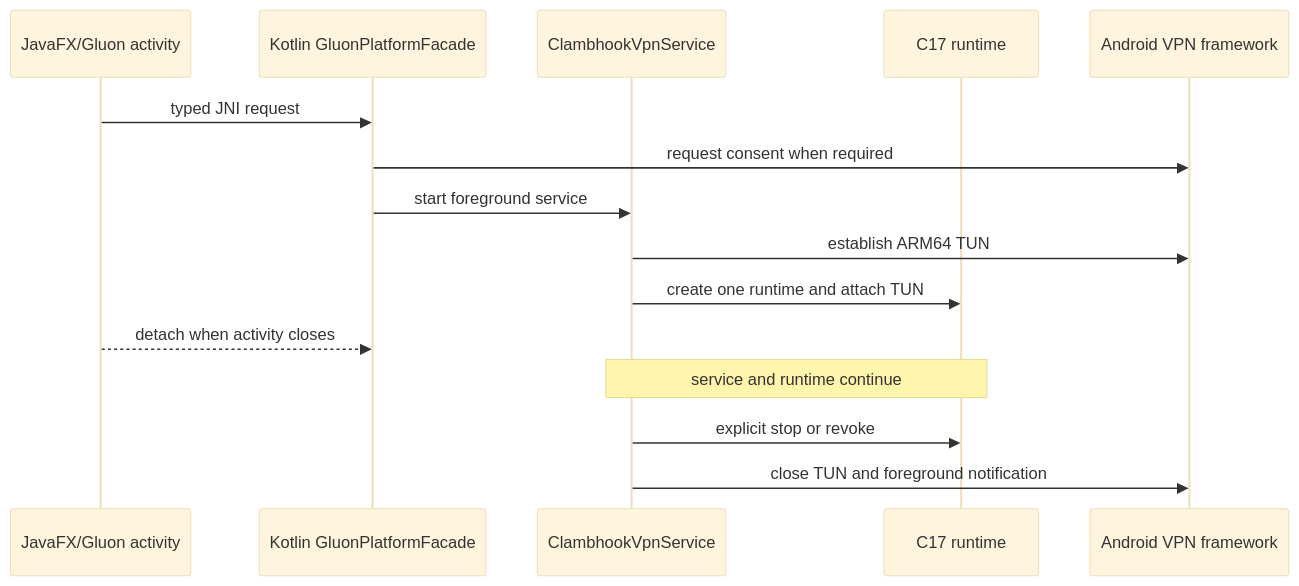
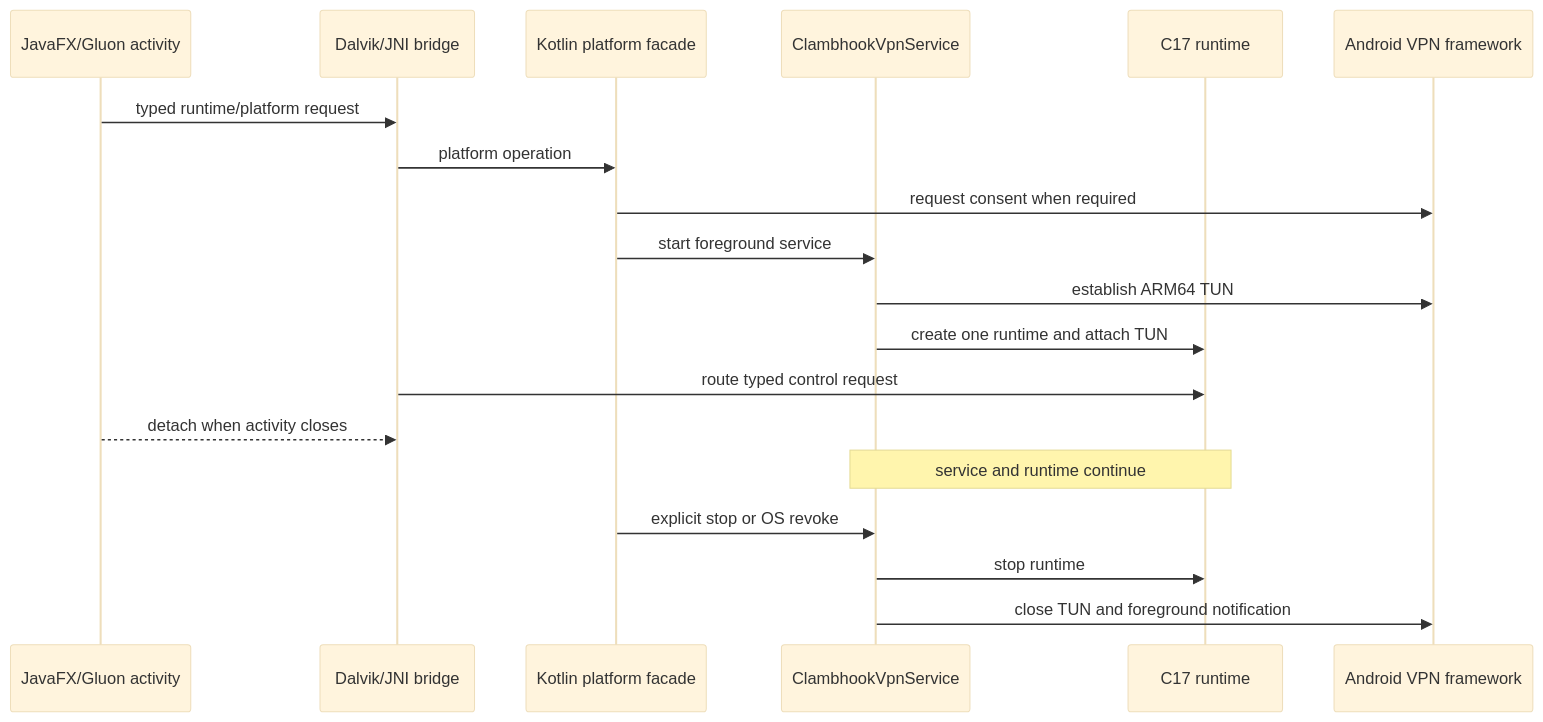
The diagram in ui/android/README.md (JohnThre/clambhook), drawn with Mermaid (base theme) before and after one commit. The commit also changed 28 other files, not shown here.

Commit message:
Refresh documentation and diagrams

````diff
--- a/ui/android/README.md
+++ b/ui/android/README.md
@@ -17,17 +17,21 @@
 ```mermaid
 sequenceDiagram
     participant UI as JavaFX/Gluon activity
-    participant Facade as Kotlin GluonPlatformFacade
+    participant Bridge as Dalvik/JNI bridge
+    participant Facade as Kotlin platform facade
     participant VPN as ClambhookVpnService
     participant Core as C17 runtime
     participant OS as Android VPN framework
-    UI->>Facade: typed JNI request
+    UI->>Bridge: typed runtime/platform request
+    Bridge->>Facade: platform operation
     Facade->>OS: request consent when required
     Facade->>VPN: start foreground service
     VPN->>OS: establish ARM64 TUN
     VPN->>Core: create one runtime and attach TUN
-    UI-->>Facade: detach when activity closes
+    Bridge->>Core: route typed control request
+    UI-->>Bridge: detach when activity closes
     Note over VPN,Core: service and runtime continue
-    VPN->>Core: explicit stop or revoke
+    Facade->>VPN: explicit stop or OS revoke
+    VPN->>Core: stop runtime
     VPN->>OS: close TUN and foreground notification
 ```
````
